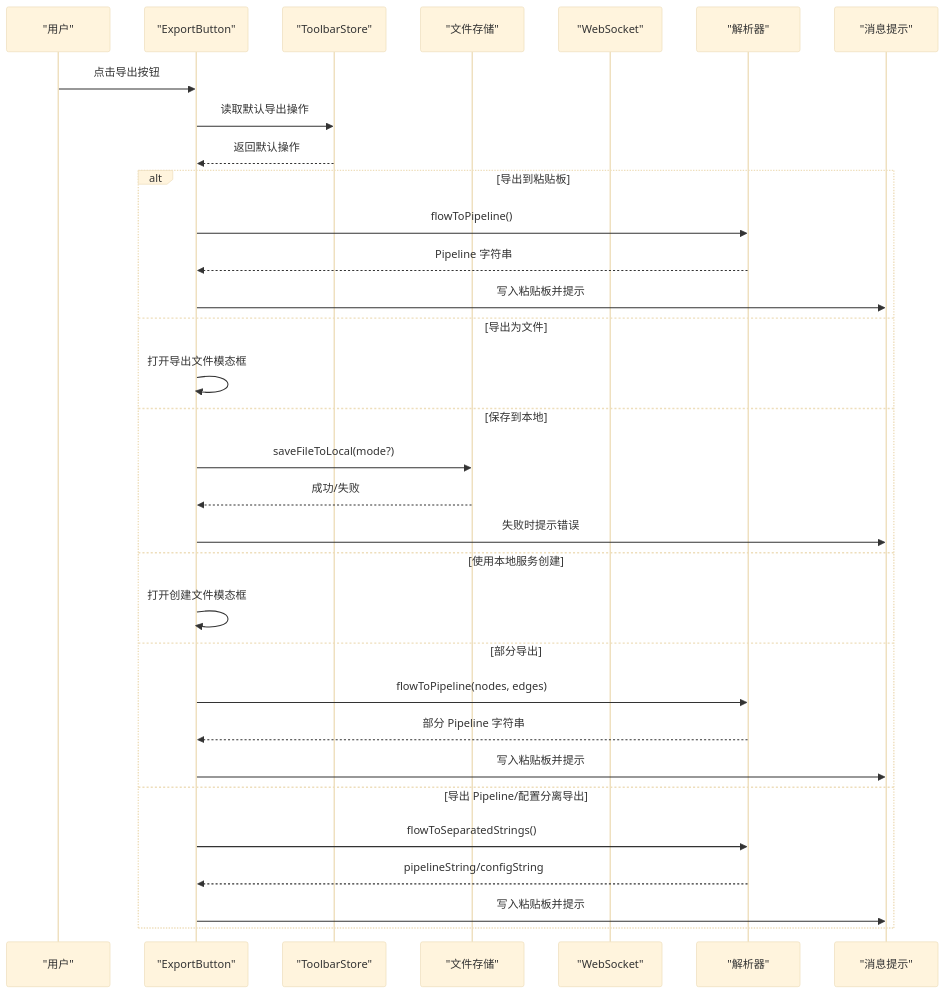
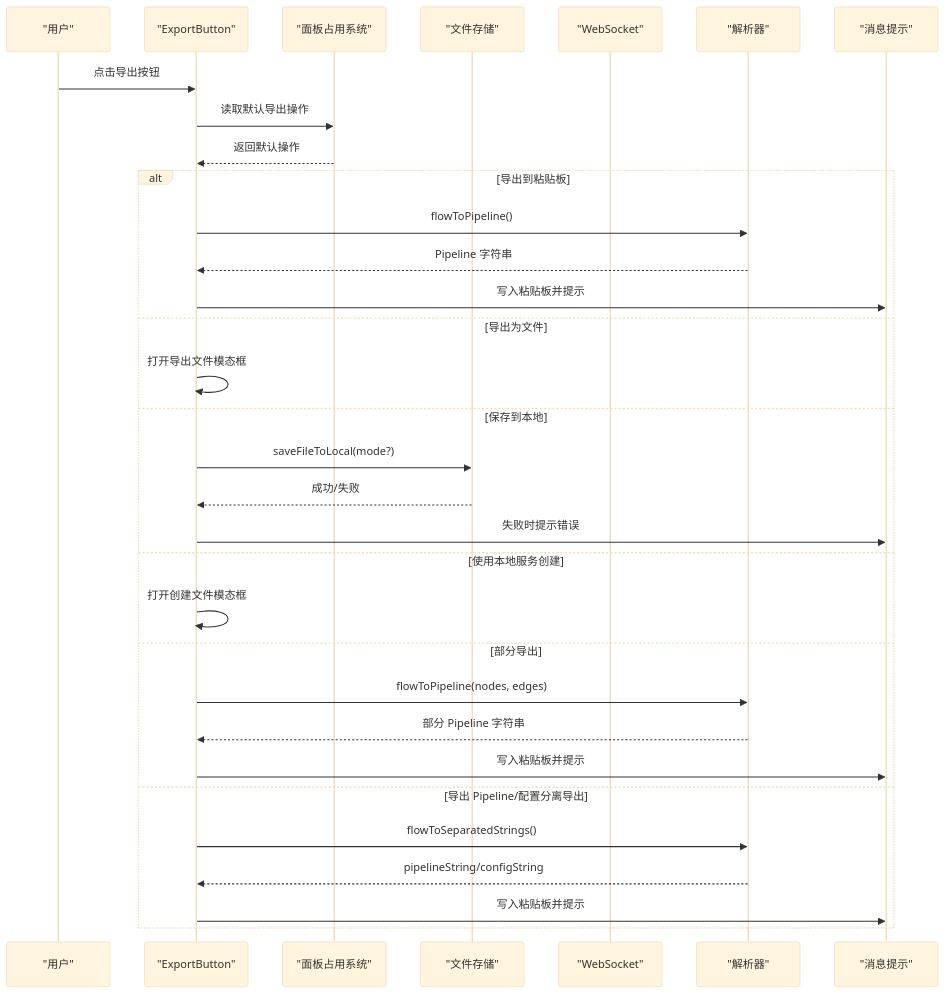
The fourth of 6 diagrams in .qoder/repowiki/zh/content/用户界面/工具栏面板.md (kqcoxn/MaaPipelineEditor), drawn with Mermaid (base theme) before and after one commit. The commit also changed other lines of this file and 31 other files, not shown here.

````diff
--- a/.qoder/repowiki/zh/content/用户界面/工具栏面板.md
+++ b/.qoder/repowiki/zh/content/用户界面/工具栏面板.md
@@ -250,34 +260,34 @@
 ```mermaid
 sequenceDiagram
 participant U as "用户"
 participant EB as "ExportButton"
-participant TS as "ToolbarStore"
+participant POS as "面板占用系统"
 participant FS as "文件存储"
 participant WS as "WebSocket"
 participant Parser as "解析器"
 participant UI as "消息提示"
 U->>EB : 点击导出按钮
-EB->>TS : 读取默认导出操作
-TS-->>EB : 返回默认操作
+EB->>POS : 读取默认导出操作
+POS-->>EB : 返回默认操作
 alt 导出到粘贴板
 EB->>Parser : flowToPipeline()
 Parser-->>EB : Pipeline 字符串
 EB->>UI : 写入粘贴板并提示
 else 导出为文件
 EB->>EB : 打开导出文件模态框
 else 保存到本地
 EB->>FS : saveFileToLocal(mode?)
 FS-->>EB : 成功/失败
 EB->>UI : 失败时提示错误
 else 使用本地服务创建
 EB->>EB : 打开创建文件模态框
 else 部分导出
 EB->>Parser : flowToPipeline(nodes, edges)
 Parser-->>EB : 部分 Pipeline 字符串
 EB->>UI : 写入粘贴板并提示
 else 导出 Pipeline/配置分离导出
 EB->>Parser : flowToSeparatedStrings()
 Parser-->>EB : pipelineString/configString
 EB->>UI : 写入粘贴板并提示
 end
 ```
````
